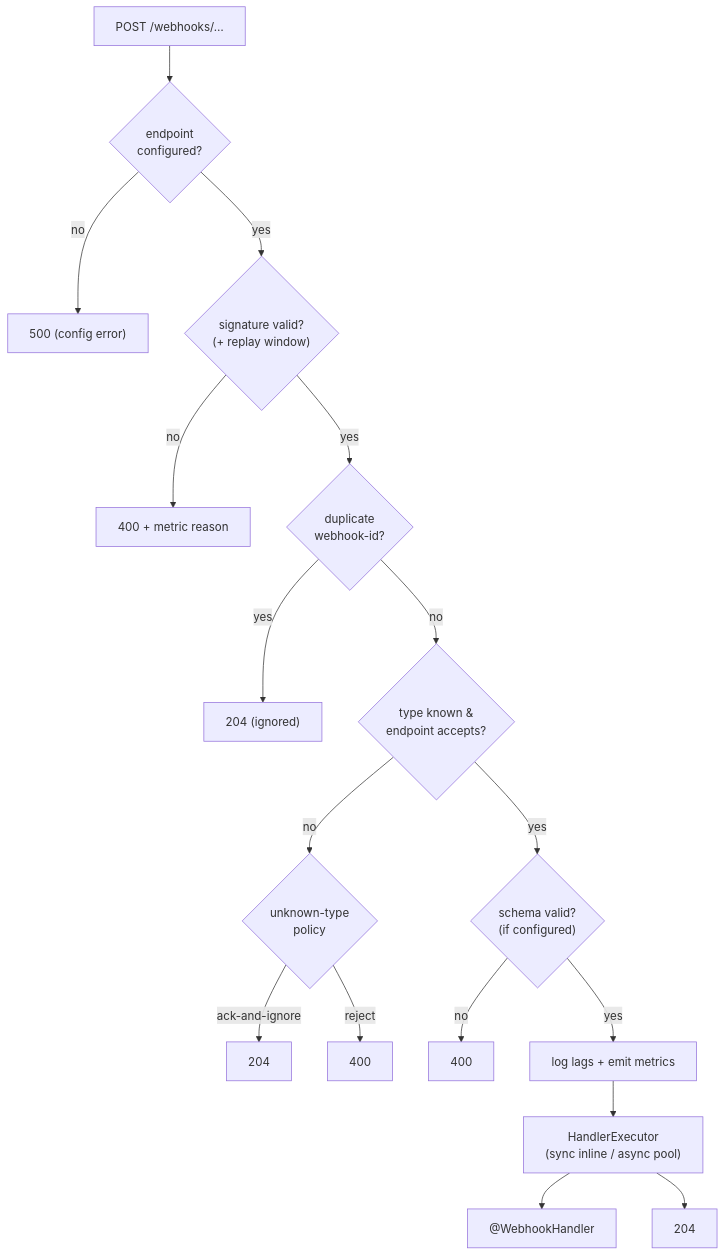
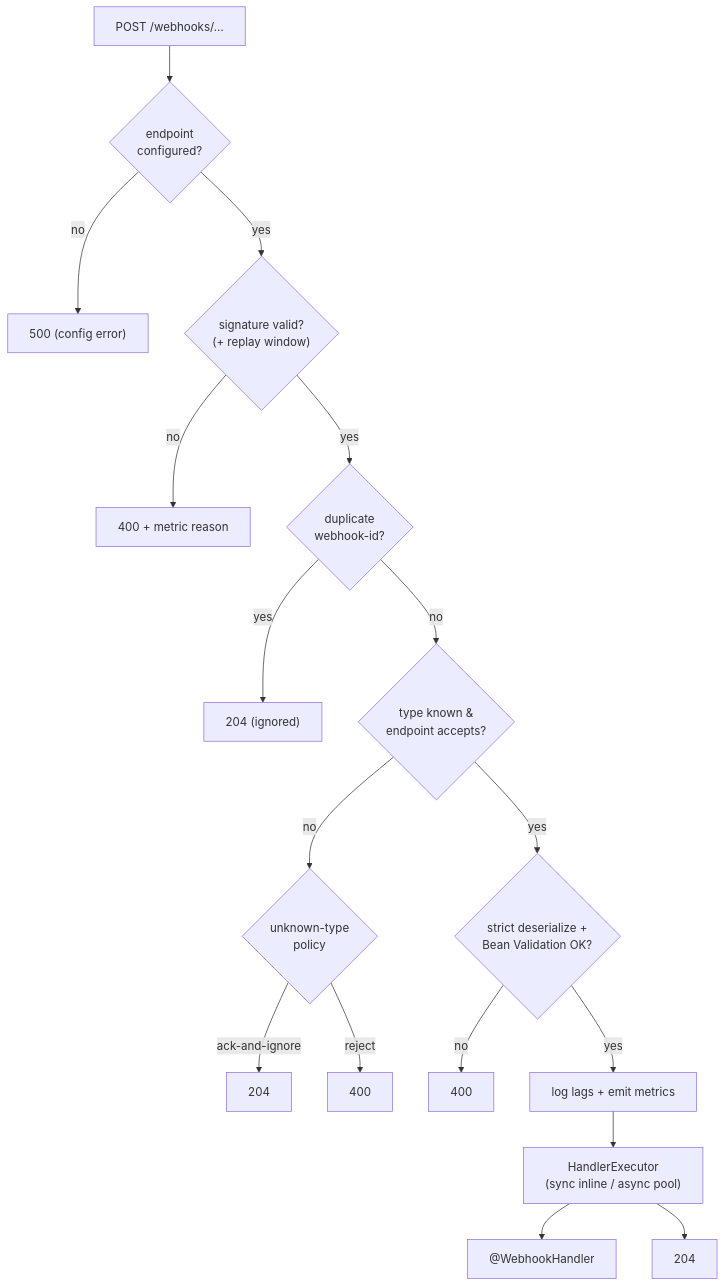
Before and after one commit to jinternals/webhooks: the second of 4 diagrams in docs/architecture.md, drawn with Mermaid. The commit also changed other lines of this file and 5 other files, not shown here.

Commit message:
Sync remaining architecture, status-code, contributing, and changelog docs

````diff
--- a/docs/architecture.md
+++ b/docs/architecture.md
@@ -75,19 +75,19 @@
 ```mermaid
 flowchart TD
     In["POST /webhooks/…"] --> Ep{"endpoint<br/>configured?"}
     Ep -- no --> E500["500 (config error)"]
     Ep -- yes --> Verify{"signature valid?<br/>(+ replay window)"}
     Verify -- no --> E400V["400 + metric reason"]
     Verify -- yes --> Dedup{"duplicate<br/>webhook-id?"}
     Dedup -- yes --> Ack204a["204 (ignored)"]
     Dedup -- no --> Route{"type known &<br/>endpoint accepts?"}
     Route -- no --> Policy{"unknown-type<br/>policy"}
     Policy -- ack-and-ignore --> Ack204b["204"]
     Policy -- reject --> E400T["400"]
-    Route -- yes --> Schema{"schema valid?<br/>(if configured)"}
+    Route -- yes --> Schema{"strict deserialize +<br/>Bean Validation OK?"}
     Schema -- no --> E400S["400"]
     Schema -- yes --> Lag["log lags + emit metrics"]
     Lag --> Exec["HandlerExecutor<br/>(sync inline / async pool)"]
     Exec --> H["@WebhookHandler"]
     Exec --> Ack204c["204"]
 ```
````
